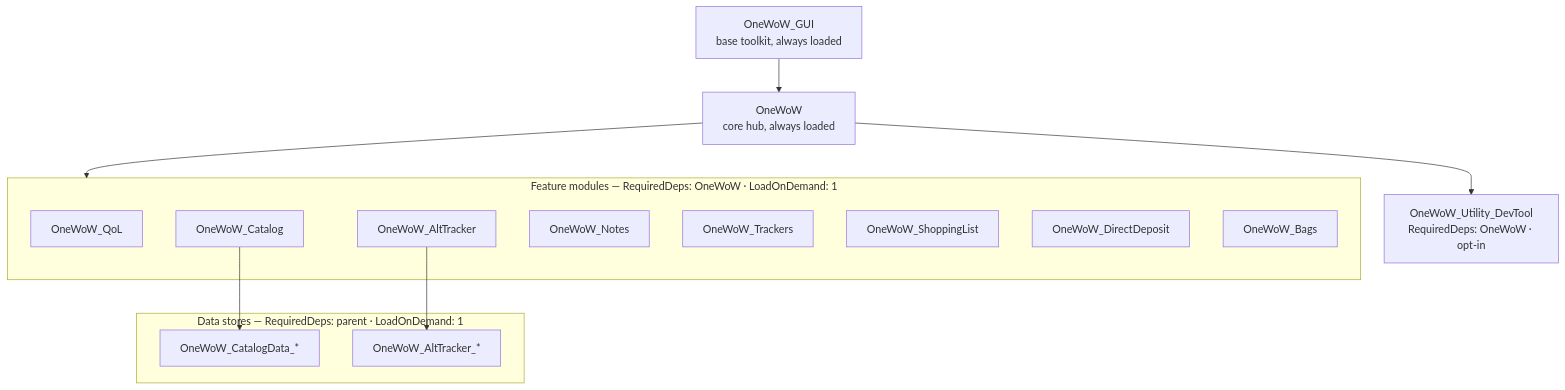
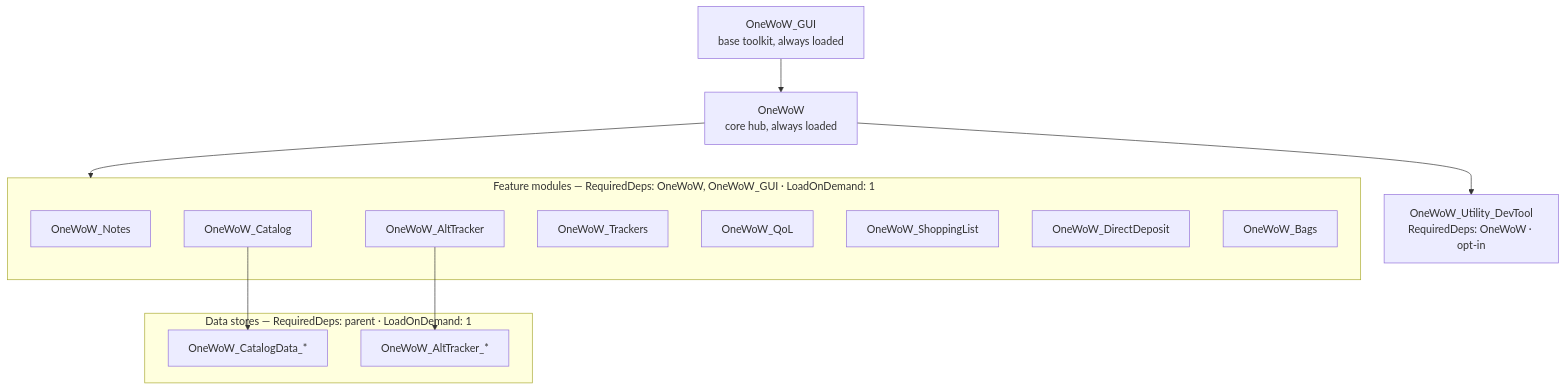
Before and after one commit to MichinMigugin/OneWoW_Suite: the diagram in OneWoW/Docs/ARCHITECTURE.md, drawn with Mermaid. The commit also changed other lines of this file and 2 other files, not shown here.

First line of the commit message:
Refactor OneWoW architecture documentation and introduce migration checklist

````diff
--- a/OneWoW/Docs/ARCHITECTURE.md
+++ b/OneWoW/Docs/ARCHITECTURE.md
@@ -25,28 +30,28 @@
 ```mermaid
 flowchart TB
     GUI[OneWoW_GUI<br/>base toolkit, always loaded]
     OW[OneWoW<br/>core hub, always loaded]
     GUI --> OW
 
-    subgraph Modules [Feature modules — RequiredDeps: OneWoW · LoadOnDemand: 1]
+    subgraph Modules [Feature modules — RequiredDeps: OneWoW, OneWoW_GUI · LoadOnDemand: 1]
+        Notes[OneWoW_Notes]
+        AltTracker[OneWoW_AltTracker]
+        Catalog[OneWoW_Catalog]
+        Trackers[OneWoW_Trackers]
         QoL[OneWoW_QoL]
-        Catalog[OneWoW_Catalog]
-        AltTracker[OneWoW_AltTracker]
-        Notes[OneWoW_Notes]
-        Trackers[OneWoW_Trackers]
         ShoppingList[OneWoW_ShoppingList]
         DirectDeposit[OneWoW_DirectDeposit]
         Bags[OneWoW_Bags]
     end
     OW --> Modules
 
     subgraph Stores [Data stores — RequiredDeps: parent · LoadOnDemand: 1]
         CatalogData[OneWoW_CatalogData_*]
         AltData[OneWoW_AltTracker_*]
     end
     Catalog --> CatalogData
     AltTracker --> AltData
 
     DevTool[OneWoW_Utility_DevTool<br/>RequiredDeps: OneWoW · opt-in]
     OW --> DevTool
 ```
````
